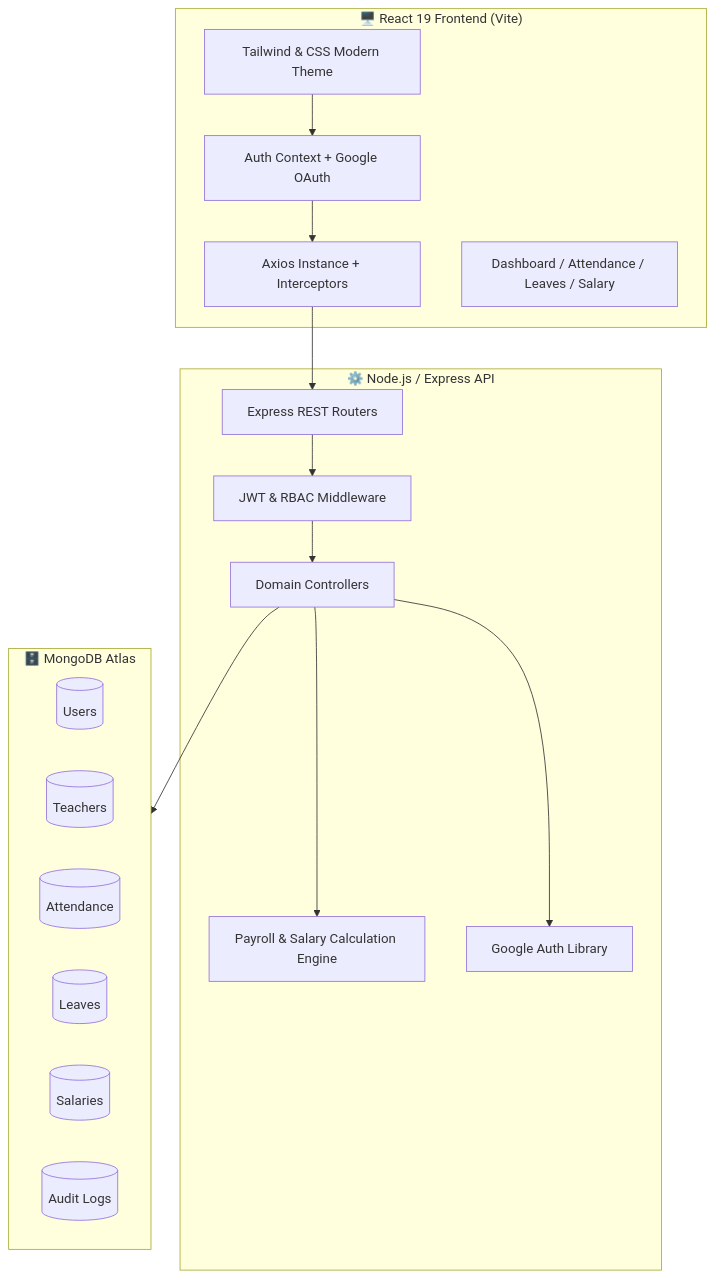
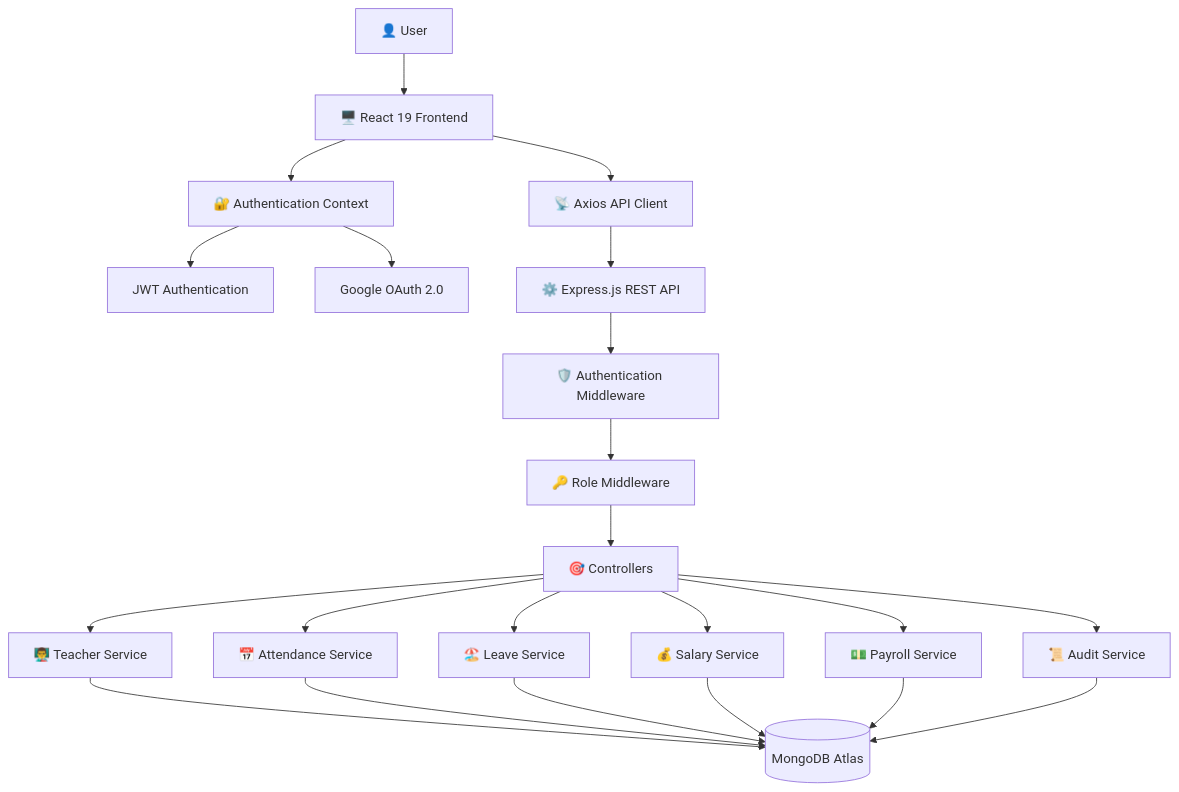
Before and after one commit to Jathugulan/TeacherPayRollERP: the diagram in README.md, drawn with Mermaid. The commit also changed other lines of this file, not shown here.

````diff
--- a/README.md
+++ b/README.md
@@ -388,35 +416,31 @@
 ```mermaid
 graph TD
-    subgraph Frontend ["🖥️ React 19 Frontend (Vite)"]
-        UI[Tailwind & CSS Modern Theme]
-        AuthContext[Auth Context + Google OAuth]
-        AxiosClient[Axios Instance + Interceptors]
-        Pages[Dashboard / Attendance / Leaves / Salary]
-    end
 
-    subgraph Backend ["⚙️ Node.js / Express API"]
-        Router[Express REST Routers]
-        AuthMW[JWT & RBAC Middleware]
-        Controllers[Domain Controllers]
-        SalaryEngine[Payroll & Salary Calculation Engine]
-        PassportGoogle[Google Auth Library]
-    end
+    A[👤 User] --> B[🖥️ React 19 Frontend]
 
-    subgraph Database ["🗄️ MongoDB Atlas"]
-        Users[(Users)]
-        Teachers[(Teachers)]
-        AttendanceDB[(Attendance)]
-        LeavesDB[(Leaves)]
-        SalariesDB[(Salaries)]
-        AuditDB[(Audit Logs)]
-    end
+    B --> C[🔐 Authentication Context]
+    B --> D[📡 Axios API Client]
 
-    UI --> AuthContext
-    AuthContext --> AxiosClient
-    AxiosClient --> Router
-    Router --> AuthMW
-    AuthMW --> Controllers
-    Controllers --> SalaryEngine
-    Controllers --> PassportGoogle
-    Controllers --> Database
+    C --> E[JWT Authentication]
+    C --> F[Google OAuth 2.0]
+
+    D --> G[⚙️ Express.js REST API]
+
+    G --> H[🛡️ Authentication Middleware]
+    H --> I[🔑 Role Middleware]
+    I --> J[🎯 Controllers]
+
+    J --> K[👨‍🏫 Teacher Service]
+    J --> L[📅 Attendance Service]
+    J --> M[🏖️ Leave Service]
+    J --> N[💰 Salary Service]
+    J --> O[💵 Payroll Service]
+    J --> P[📜 Audit Service]
+
+    K --> Q[(MongoDB Atlas)]
+    L --> Q
+    M --> Q
+    N --> Q
+    O --> Q
+    P --> Q
 ```
````
